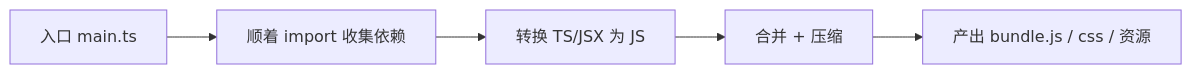
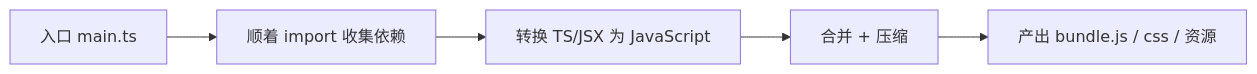
One commit to fourfireee/FE_Learning changed the diagram in docs/15-modules-and-packaging.md. Above: the diagram before and after it, drawn with Mermaid. The commit also changed other lines of this file and 16 other files, not shown here.

````diff
--- a/docs/15-modules-and-packaging.md
+++ b/docs/15-modules-and-packaging.md
@@ -64,7 +65,7 @@
 ```mermaid
 flowchart LR
     A["入口 main.ts"] --> B["顺着 import 收集依赖"]
-    B --> C["转换 TS/JSX 为 JS"]
+    B --> C["转换 TS/JSX 为 JavaScript"]
     C --> D["合并 + 压缩"]
     D --> E["产出 bundle.js / css / 资源"]
 ```
````
